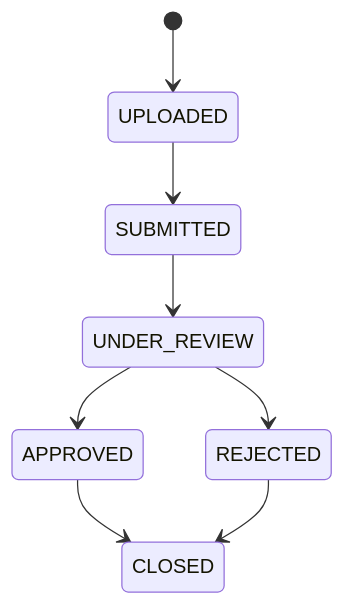
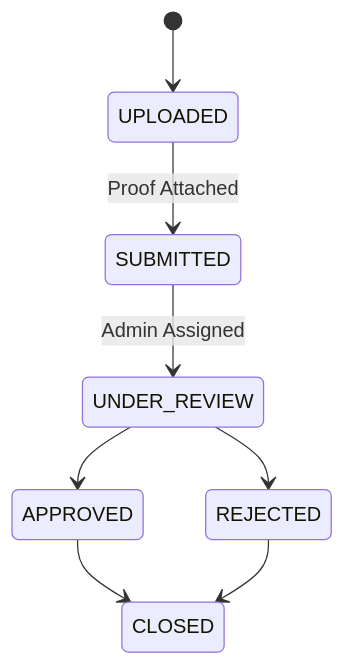
One commit to PritishSingh13/smart-sure-insurance changed the second of 4 diagrams in README.md. Above: the diagram before and after it, drawn with Mermaid. The commit also changed other lines of this file, not shown here.

````diff
--- a/README.md
+++ b/README.md
@@ -91,10 +98,10 @@
 ```mermaid
 stateDiagram-v2
     [*] --> UPLOADED
-    UPLOADED --> SUBMITTED
-    SUBMITTED --> UNDER_REVIEW
+    UPLOADED --> SUBMITTED : Proof Attached
+    SUBMITTED --> UNDER_REVIEW : Admin Assigned
     UNDER_REVIEW --> APPROVED
     UNDER_REVIEW --> REJECTED
     APPROVED --> CLOSED
     REJECTED --> CLOSED
 ```
````
